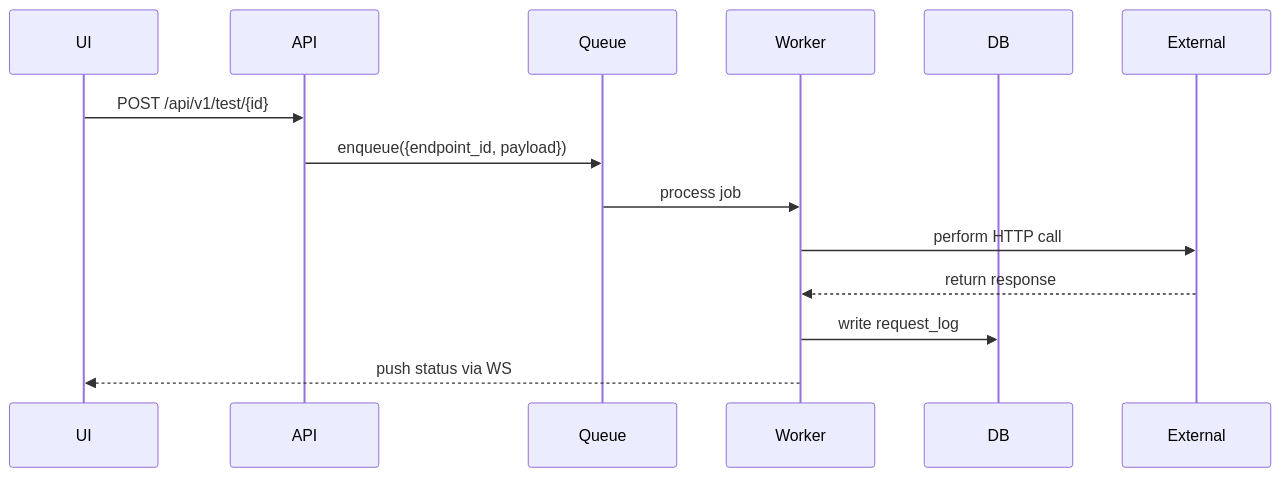
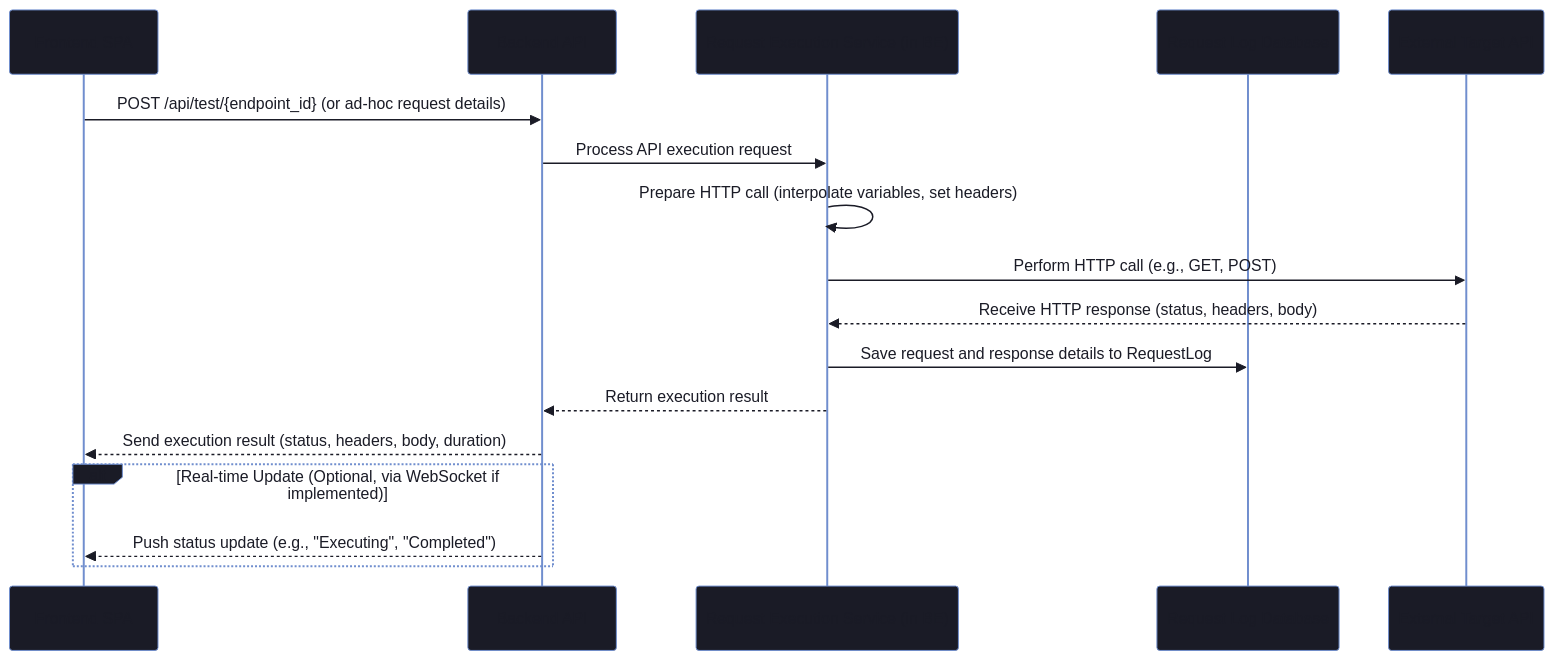
Before and after one commit to 0x3at/Postkid: the fourth of 4 diagrams in docs/architecture/readme.md, drawn with Mermaid. The commit also changed other lines of this file and 7 other files, not shown here.

First line of the commit message:
Docs: Finalize architecture and supporting documentation

````diff
--- a/docs/architecture/readme.md
+++ b/docs/architecture/readme.md
@@ -259,40 +209,21 @@
 ```mermaid
-%%{init: {
-  'theme': 'base',
-  'themeVariables': {
-    'primaryColor': '#7aa2f7',
-    'primaryTextColor': '#1a1b26',
-    'primaryBorderColor': '#3b4261',
-    'lineColor': '#bb9af7',
-    'background': '#1a1b26',
-    'mainBkg': '#1a1b26',
-    'secondBkg': '#24283b',
-    'tertiaryBkg': '#292e42',
-    'fontFamily': '"Segoe UI", sans-serif',
-    'fontSize': '14px',
-    'fontWeight': '600',
-    'labelBackground': '#24283b',
-    'edgeLabelBackground': '#24283b',
-    'clusterBkg': '#24283b',
-    'clusterBorder': '#3b4261',
-    'defaultLinkColor': '#bb9af7',
-    'titleColor': '#c0caf5'
-  }
-}}%%
+%%{init: { 'theme': 'base', 'themeVariables': { 'primaryColor': '#7aa2f7', 'primaryTextColor': '#1a1b26', 'lineColor': '#bb9af7', 'background': '#1a1b26', 'mainBkg': '#1a1b26'}}}%%
+sequenceDiagram
+    participant UI as Frontend SPA
+    participant BE as Backend API
+    participant ReqExecSvc as Request Execution Service (in BE)
+    participant LogDB as Request Log Database
+    participant ExtAPI as External Target API
 
-sequenceDiagram
-    participant UI
-    participant API
-    participant Q as Queue
-    participant W as Worker
-    participant DB
-    participant External
-
-    UI->>API: POST /api/v1/test/{id}
-    API->>Q: enqueue({endpoint_id, payload})
-    Q->>W: process job
-    W->>External: perform HTTP call
-    External-->>W: return response
-    W->>DB: write request_log
-    W-->>UI: push status via WS
+    UI->>BE: POST /api/test/{endpoint_id} (or ad-hoc request details)
+    BE->>ReqExecSvc: Process API execution request
+    ReqExecSvc->>ReqExecSvc: Prepare HTTP call (interpolate variables, set headers)
+    ReqExecSvc->>ExtAPI: Perform HTTP call (e.g., GET, POST)
+    ExtAPI-->>ReqExecSvc: Receive HTTP response (status, headers, body)
+    ReqExecSvc->>LogDB: Save request and response details to RequestLog
+    ReqExecSvc-->>BE: Return execution result
+    BE-->>UI: Send execution result (status, headers, body, duration)
+    alt Real-time Update (Optional, via WebSocket if implemented)
+        BE-->>UI: Push status update (e.g., "Executing", "Completed")
+    end
 ```
````
